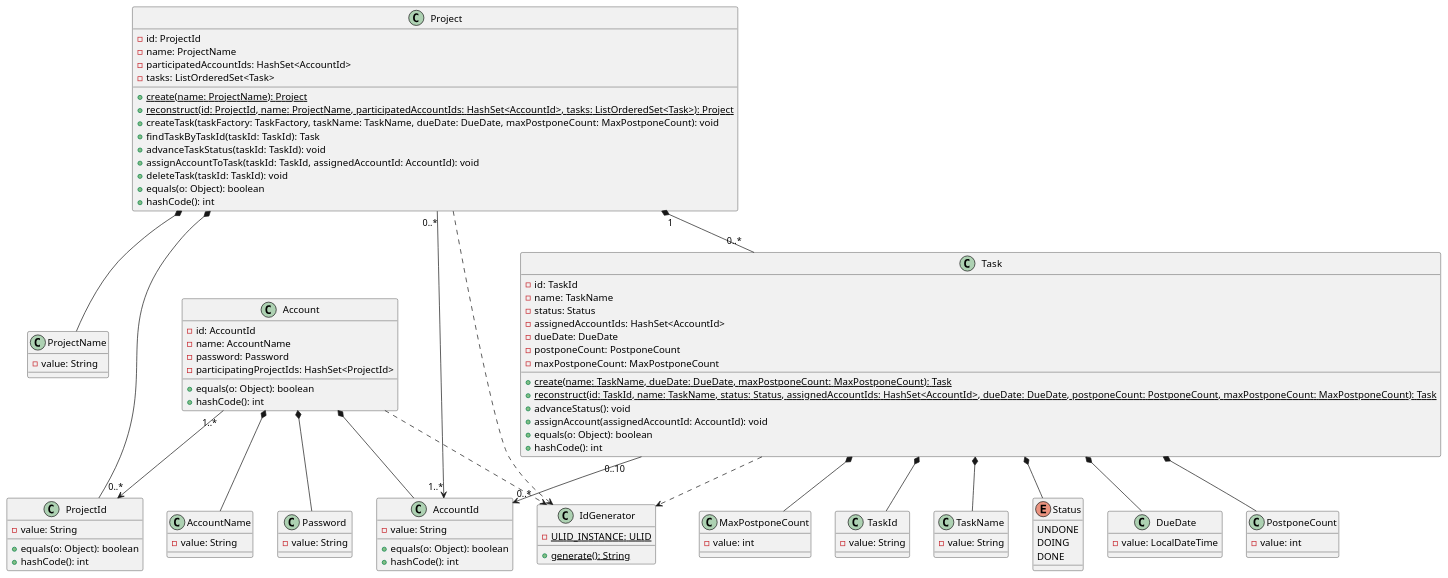
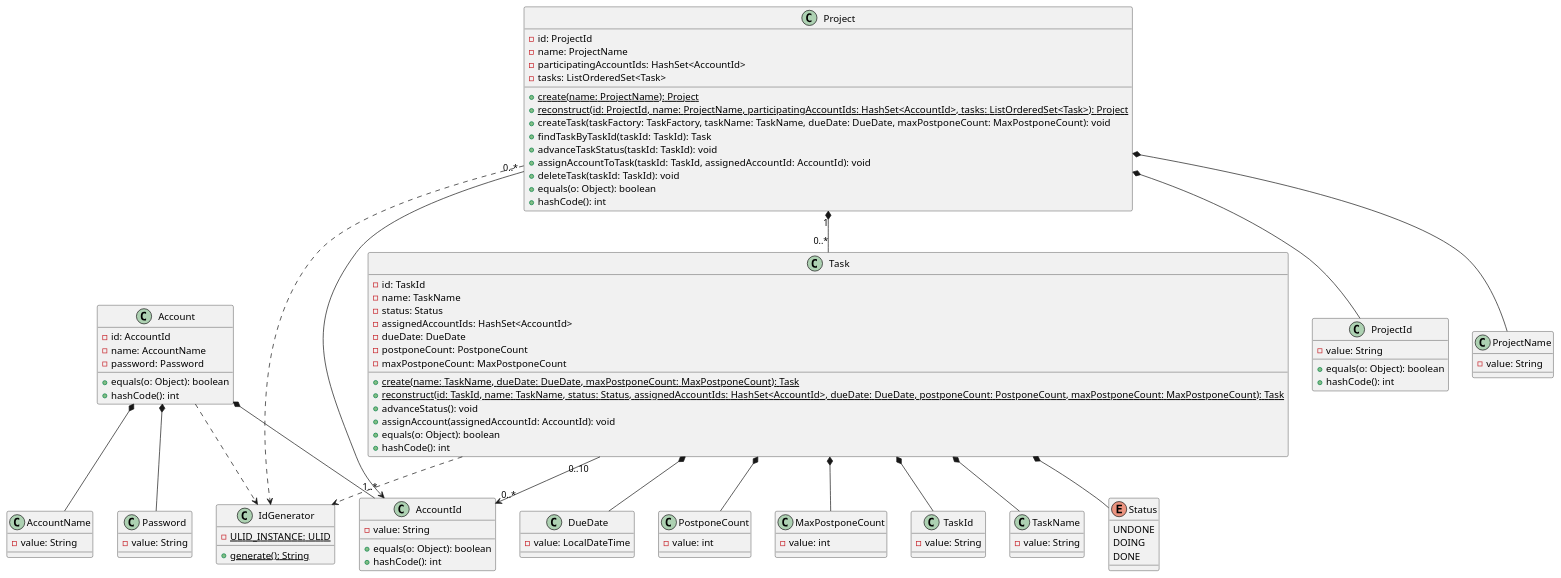
The diagram in uml/class.puml (ORIKAMIxNEP/playground), drawn with PlantUML before and after one commit. The commit also changed 32 other files, not shown here.

```diff
--- a/uml/class.puml
+++ b/uml/class.puml
@@ -1,118 +1,116 @@
 @startuml
 class Account {
   - id: AccountId
   - name: AccountName
   - password: Password
-  - participatingProjectIds: HashSet<ProjectId>
   + equals(o: Object): boolean
   + hashCode(): int
 }
 
 class AccountId {
   - value: String
   + equals(o: Object): boolean
   + hashCode(): int
 }
 
 class AccountName {
   - value: String
 }
 
 class Password {
   - value: String
 }
 
 Account *-- AccountId
 Account *-- AccountName
 Account *-- Password
-Account "1..*" --> "0..*" ProjectId
 Account ..> IdGenerator
 
 class Project {
   - id: ProjectId
   - name: ProjectName
-  - participatedAccountIds: HashSet<AccountId>
+  - participatingAccountIds: HashSet<AccountId>
   - tasks: ListOrderedSet<Task>
   {static} + create(name: ProjectName): Project
-  {static} + reconstruct(id: ProjectId, name: ProjectName, participatedAccountIds: HashSet<AccountId>, tasks: ListOrderedSet<Task>): Project
+  {static} + reconstruct(id: ProjectId, name: ProjectName, participatingAccountIds: HashSet<AccountId>, tasks: ListOrderedSet<Task>): Project
   + createTask(taskFactory: TaskFactory, taskName: TaskName, dueDate: DueDate, maxPostponeCount: MaxPostponeCount): void
   + findTaskByTaskId(taskId: TaskId): Task
   + advanceTaskStatus(taskId: TaskId): void
   + assignAccountToTask(taskId: TaskId, assignedAccountId: AccountId): void
   + deleteTask(taskId: TaskId): void
   + equals(o: Object): boolean
   + hashCode(): int
 }
 
 class ProjectId {
   - value: String
   + equals(o: Object): boolean
   + hashCode(): int
 }
 
 class ProjectName {
   - value: String
 }
 
 Project *-- ProjectId
 Project *-- ProjectName
 Project "0..*" --> "1..*" AccountId
 Project "1" *-- "0..*" Task
 Project ..> IdGenerator
 
 class Task {
   - id: TaskId
   - name: TaskName
   - status: Status
   - assignedAccountIds: HashSet<AccountId>
   - dueDate: DueDate
   - postponeCount: PostponeCount
   - maxPostponeCount: MaxPostponeCount
   {static} + create(name: TaskName, dueDate: DueDate, maxPostponeCount: MaxPostponeCount): Task
   {static} + reconstruct(id: TaskId, name: TaskName, status: Status, assignedAccountIds: HashSet<AccountId>, dueDate: DueDate, postponeCount: PostponeCount, maxPostponeCount: MaxPostponeCount): Task
   + advanceStatus(): void
   + assignAccount(assignedAccountId: AccountId): void
   + equals(o: Object): boolean
   + hashCode(): int
 }
 
 class TaskId {
   - value: String
 }
 
 class TaskName {
   - value: String
 }
 
 enum Status {
   UNDONE
   DOING
   DONE
 }
 
 class DueDate {
   - value: LocalDateTime
 }
 
 class PostponeCount {
   - value: int
 }
 
 class MaxPostponeCount {
   - value: int
 }
 
 Task *-- TaskId
 Task *-- TaskName
 Task *-- Status
 Task "0..10" --> "0..*" AccountId
 Task *-- DueDate
 Task *-- PostponeCount
 Task *-- MaxPostponeCount
 Task ..> IdGenerator
 
 class IdGenerator {
   {static} - ULID_INSTANCE: ULID
   {static} + generate(): String
 }
 @enduml
```
